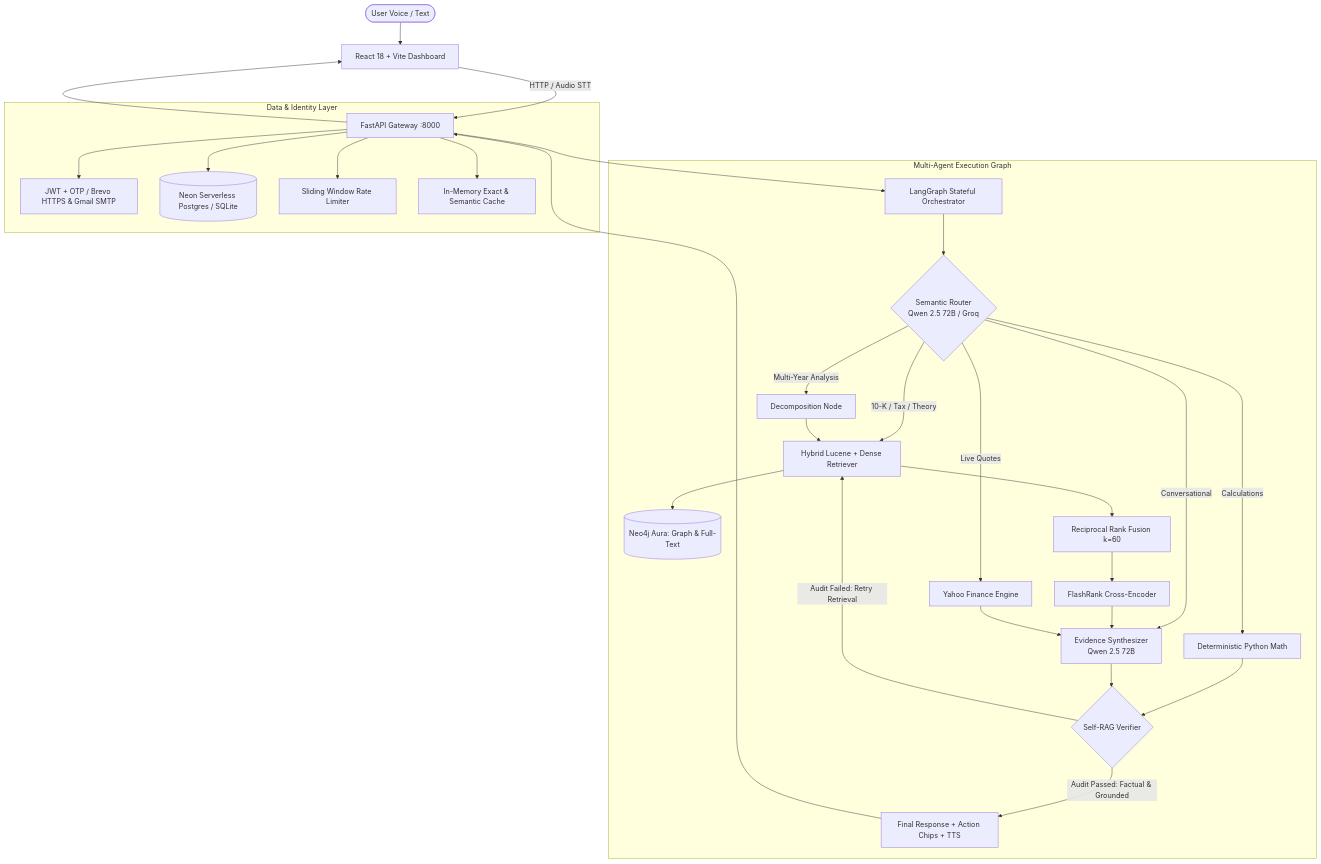
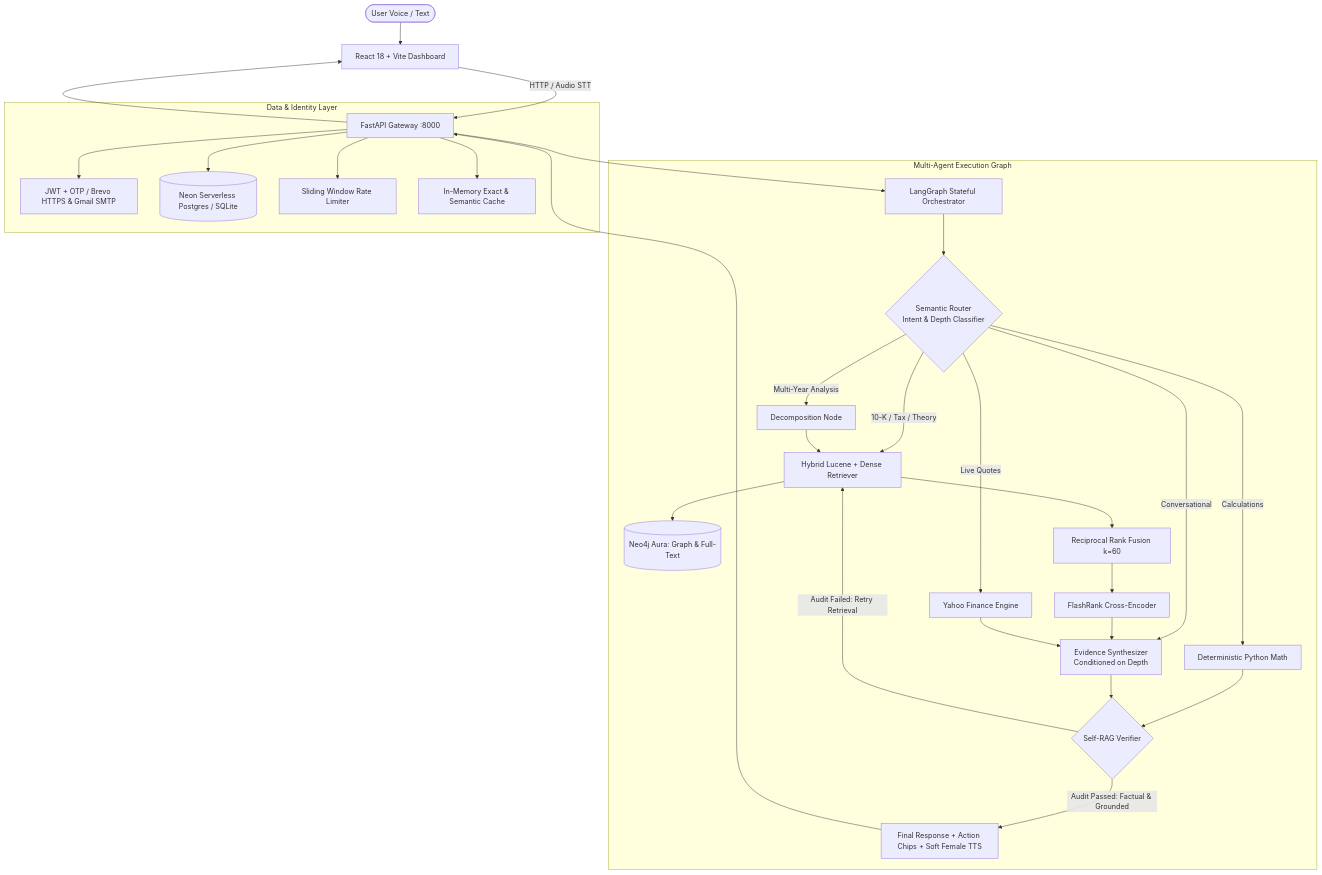
The second of 3 diagrams in README.md (AshokSingodia-Codes/FinAdvisor-Voice), drawn with Mermaid before and after one commit. The commit also changed other lines of this file and 11 other files, not shown here.

Commit message:
feat: token optimization, soft female voice TTS, multi-sentence voice dictation, mobile sliding drawer, 5MB doc limits & cascade deletions

````diff
--- a/README.md
+++ b/README.md
@@ -73,39 +117,39 @@
 ```mermaid
 flowchart TD
     User([User Voice / Text]) --> UI[React 18 + Vite Dashboard];
     UI -->|HTTP / Audio STT| API[FastAPI Gateway :8000];
     
     subgraph Security_And_Storage [Data & Identity Layer]
         API --> Auth[JWT + OTP / Brevo HTTPS & Gmail SMTP];
         API --> RelationalDB[(Neon Serverless Postgres / SQLite)];
         API --> RateLimit[Sliding Window Rate Limiter];
         API --> Cache[In-Memory Exact & Semantic Cache];
     end
 
     API --> LangGraph[LangGraph Stateful Orchestrator];
 
     subgraph Agentic_Pipeline [Multi-Agent Execution Graph]
-        LangGraph --> Router{Semantic Router<br/>Qwen 2.5 72B / Groq};
+        LangGraph --> Router{Semantic Router<br/>Intent & Depth Classifier};
         
         Router -->|Multi-Year Analysis| Decompose[Decomposition Node];
         Router -->|10-K / Tax / Theory| Retriever[Hybrid Lucene + Dense Retriever];
         Router -->|Live Quotes| MarketData[Yahoo Finance Engine];
         Router -->|Calculations| MathCalc[Deterministic Python Math];
-        Router -->|Conversational| Evidence[Evidence Synthesizer<br/>Qwen 2.5 72B];
+        Router -->|Conversational| Evidence[Evidence Synthesizer<br/>Conditioned on Depth];
 
         Decompose --> Retriever;
         Retriever --> Neo4j[(Neo4j Aura: Graph & Full-Text)];
         Retriever --> RRF[Reciprocal Rank Fusion k=60];
         RRF --> FlashRank[FlashRank Cross-Encoder];
         FlashRank --> Evidence;
         MarketData --> Evidence;
         MathCalc --> Verifier;
 
         Evidence --> Verifier{Self-RAG Verifier};
         Verifier -->|Audit Failed: Retry Retrieval| Retriever;
-        Verifier -->|Audit Passed: Factual & Grounded| FinalAnswer[Final Response + Action Chips + TTS];
+        Verifier -->|Audit Passed: Factual & Grounded| FinalAnswer[Final Response + Action Chips + Soft Female TTS];
     end
 
     FinalAnswer --> API;
     API --> UI;
 ```
````
